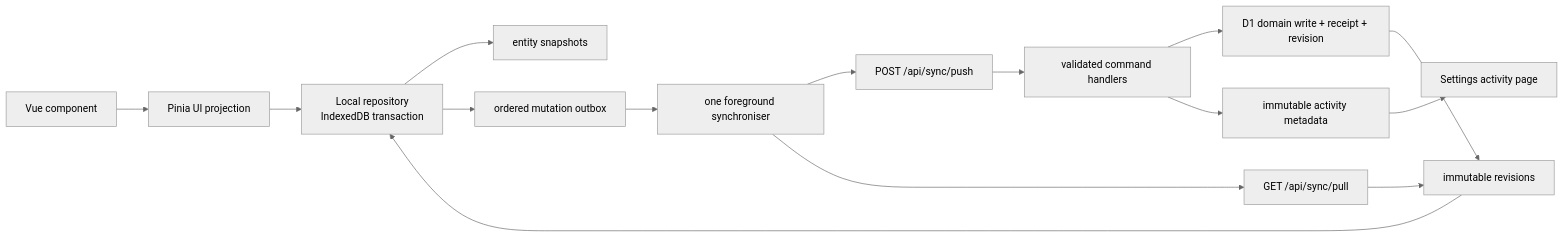
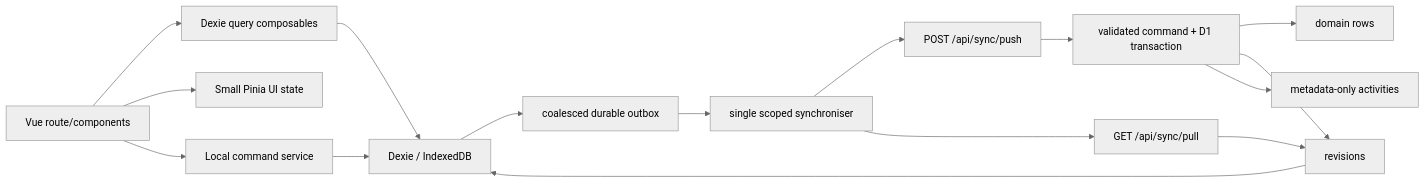
Before and after one commit to remihuigen/pantrypanic: the diagram in PLAN.md, drawn with Mermaid (neutral theme). The commit also changed other lines of this file, not shown here.

````diff
--- a/PLAN.md
+++ b/PLAN.md
@@ -100,17 +77,18 @@
 ```mermaid
 flowchart LR
-  UI["Vue component"] --> Store["Pinia UI projection"]
-  Store --> Repo["Local repository\nIndexedDB transaction"]
-  Repo --> Entities["entity snapshots"]
-  Repo --> Outbox["ordered mutation outbox"]
-  Outbox --> Sync["one foreground synchroniser"]
+  UI["Vue route/components"] --> Query["Dexie query composables"]
+  UI --> UIState["Small Pinia UI state"]
+  Query --> Dexie["Dexie / IndexedDB"]
+  UI --> Commands["Local command service"]
+  Commands --> Dexie
+  Dexie --> Outbox["coalesced durable outbox"]
+  Outbox --> Sync["single scoped synchroniser"]
   Sync --> Push["POST /api/sync/push"]
   Sync --> Pull["GET /api/sync/pull"]
-  Push --> Commands["validated command handlers"]
-  Commands --> DB["D1 domain write + receipt + revision"]
-  DB --> Revisions["immutable revisions"]
-  Commands --> Activity["immutable activity metadata"]
+  Push --> Server["validated command + D1 transaction"]
+  Server --> Domain["domain rows"]
+  Server --> Revisions["revisions"]
+  Server --> Activity["metadata-only activities"]
   Pull --> Revisions
-  Revisions --> Repo
-  Activity --> AuditUI["Settings activity page"]
+  Revisions --> Dexie
 ```
````
